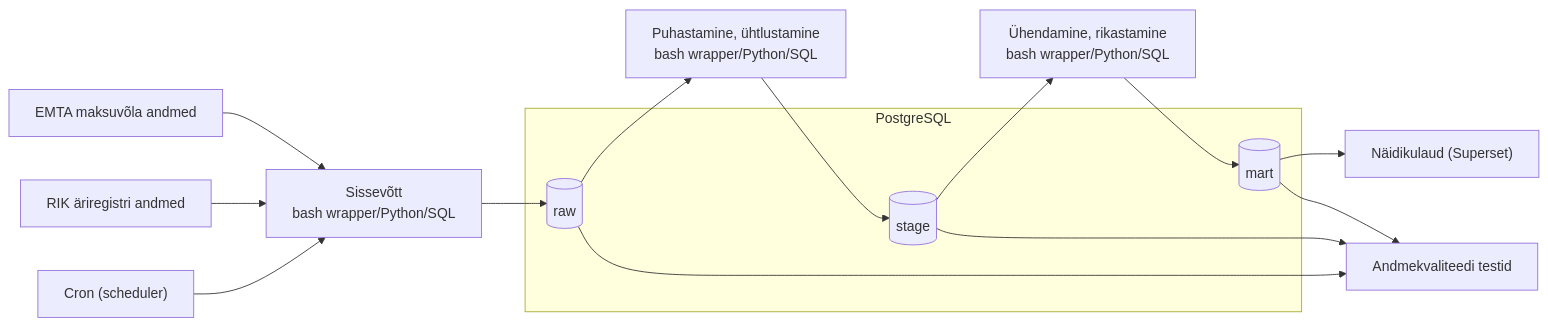
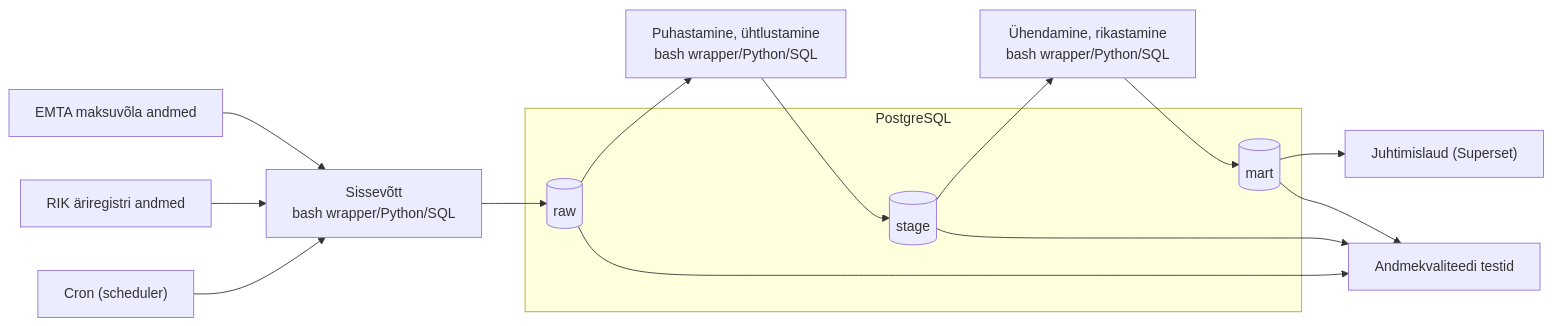
The diagram in docs/arhitektuur.md (KulliPeed/Projektitoo_MREV), drawn with Mermaid before and after one commit. The commit also changed other lines of this file, not shown here.

````diff
--- a/docs/arhitektuur.md
+++ b/docs/arhitektuur.md
@@ -27,32 +27,32 @@
 ```mermaid
 flowchart LR
     %% Andmeallikad
     source1[EMTA maksuvõla andmed] --> ingest["Sissevõtt<br/>bash wrapper/Python/SQL"]
     source2[RIK äriregistri andmed] --> ingest
 
     %% Scheduler / orkestreerimine
     cron["Cron (scheduler)"] --> ingest
 
     %% Andmebaas (PostgreSQL)
     subgraph db[PostgreSQL]
         raw[(raw)]
         stage[(stage)]
         mart[(mart)]
     end
 
     %% Andmetöötlus
     ingest --> raw
     raw --> transform1["Puhastamine, ühtlustamine<br/>bash wrapper/Python/SQL"]
 
     transform1 --> stage
     stage --> transform2["Ühendamine, rikastamine<br/>bash wrapper/Python/SQL"]
 
     transform2 --> mart
 
     %% Tarbimine
-    mart --> dashboard["Näidikulaud (Superset)"]
+    mart --> dashboard["Juhtimislaud (Superset)"]
     raw -->  source3[Andmekvaliteedi testid]
     stage --> source3[Andmekvaliteedi testid]
     mart --> source3[Andmekvaliteedi testid]
   
 ```
````
